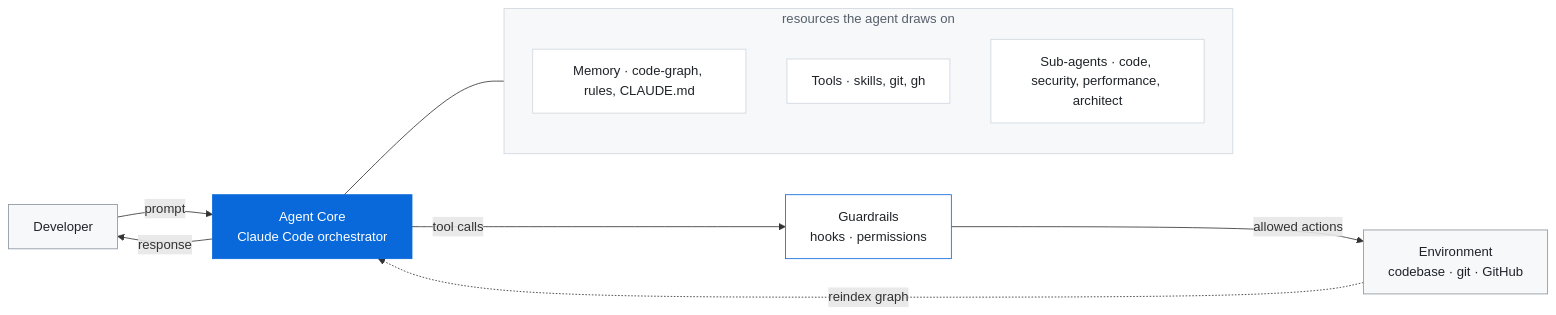
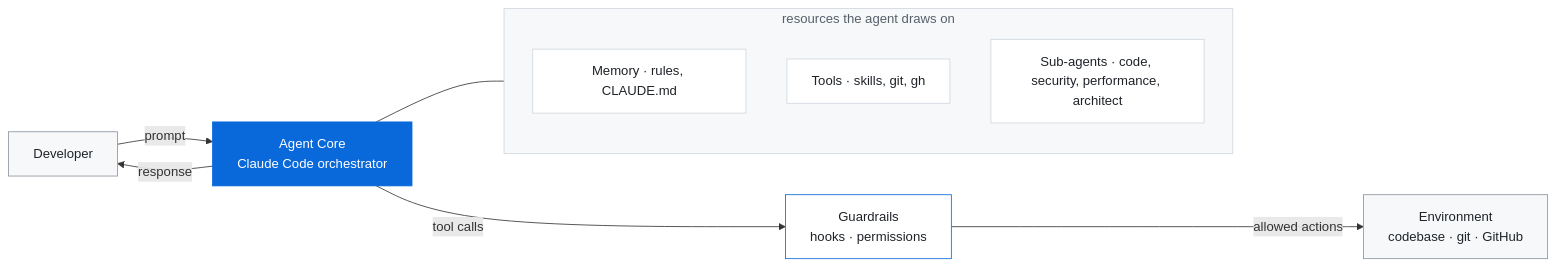
One commit to krish-shahh/clik changed the diagram in README.md. Above: the diagram before and after it, drawn with Mermaid. The commit also changed other lines of this file and 70 other files, not shown here.

Commit message:
new agent skills + remove code graph

````diff
--- a/README.md
+++ b/README.md
@@ -161,28 +155,27 @@
 ```mermaid
 flowchart LR
     DEV["Developer"]:::io
     CORE["Agent Core<br/>Claude Code orchestrator"]:::core
     GUARD["Guardrails<br/>hooks · permissions"]:::edge
     ENV["Environment<br/>codebase · git · GitHub"]:::io
 
     DEV -->|prompt| CORE
     CORE -->|tool calls| GUARD
     GUARD -->|allowed actions| ENV
     CORE -->|response| DEV
-    ENV -.->|reindex graph| CORE
 
     subgraph RES["resources the agent draws on"]
         direction TB
-        MEM["Memory · code-graph, rules, CLAUDE.md"]:::res
+        MEM["Memory · rules, CLAUDE.md"]:::res
         TOOL["Tools · skills, git, gh"]:::res
         SUB["Sub-agents · code, security, performance, architect"]:::res
     end
 
     CORE --- RES
 
     classDef io fill:#f6f8fa,stroke:#8b949e,color:#1f2328;
     classDef core fill:#0969da,stroke:#0969da,color:#ffffff;
     classDef edge fill:#ffffff,stroke:#0969da,color:#1f2328;
     classDef res fill:#ffffff,stroke:#d0d7de,color:#1f2328;
     style RES fill:#f6f8fa,stroke:#d0d7de,color:#57606a;
 ```
````
